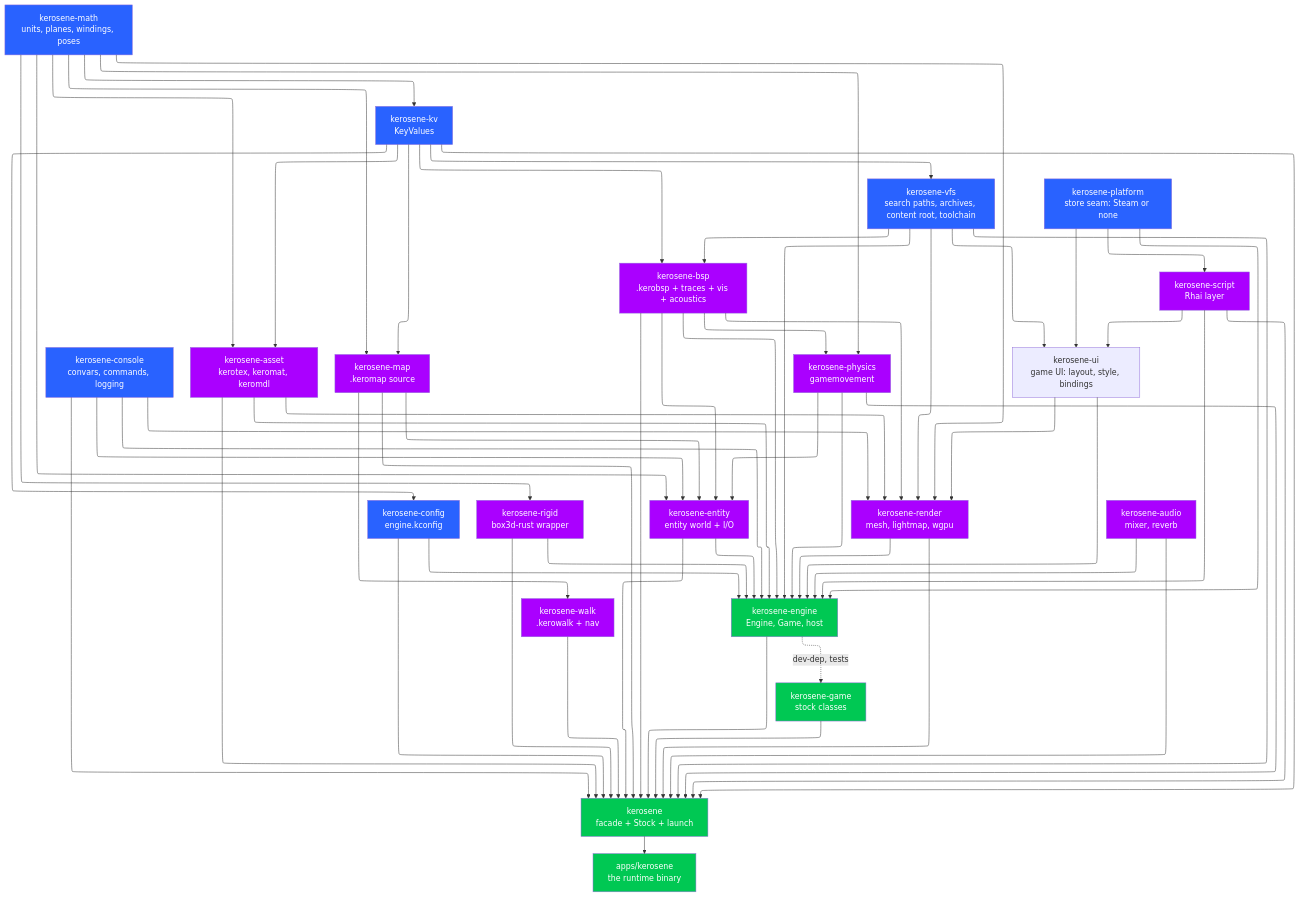
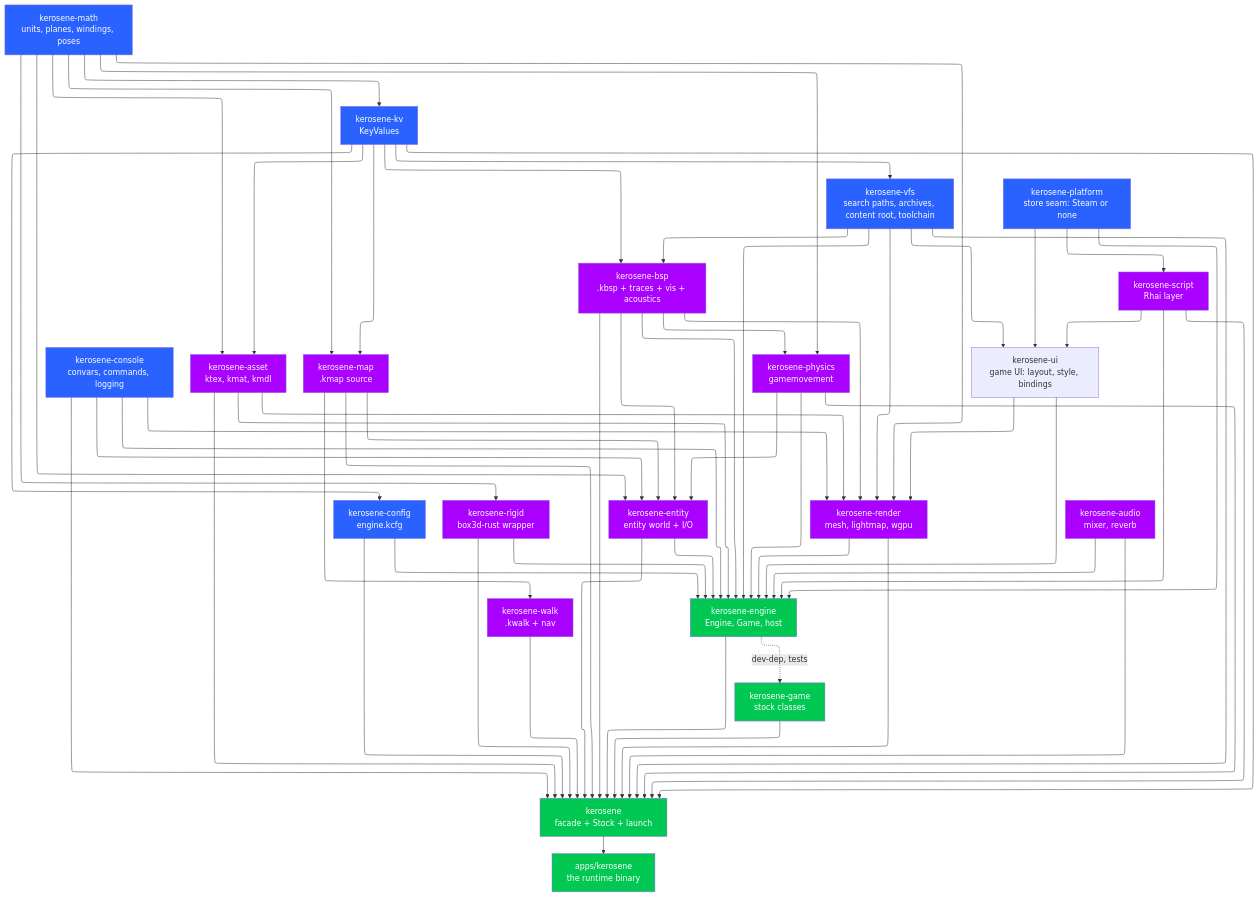
The first of 3 diagrams in src/devnotes/crate-map.md (T342guy/Kerosene), drawn with Mermaid before and after one commit. The commit also changed other lines of this file and 224 other files, not shown here.

```diff
--- a/src/devnotes/crate-map.md
+++ b/src/devnotes/crate-map.md
@@ -16,12 +16,12 @@
     math["kerosene-math<br/>units, planes, windings, poses"]
     kv["kerosene-kv<br/>KeyValues"]
     console["kerosene-console<br/>convars, commands, logging"]
-    config["kerosene-config<br/>engine.kconfig"]
+    config["kerosene-config<br/>engine.kcfg"]
     vfs["kerosene-vfs<br/>search paths, archives, content root, toolchain"]
-    asset["kerosene-asset<br/>kerotex, keromat, keromdl"]
-    map["kerosene-map<br/>.keromap source"]
-    bsp["kerosene-bsp<br/>.kerobsp + traces + vis + acoustics"]
-    walk["kerosene-walk<br/>.kerowalk + nav"]
+    asset["kerosene-asset<br/>ktex, kmat, kmdl"]
+    map["kerosene-map<br/>.kmap source"]
+    bsp["kerosene-bsp<br/>.kbsp + traces + vis + acoustics"]
+    walk["kerosene-walk<br/>.kwalk + nav"]
     physics["kerosene-physics<br/>gamemovement"]
     rigid["kerosene-rigid<br/>box3d-rust wrapper"]
     entity["kerosene-entity<br/>entity world + I/O"]
```
